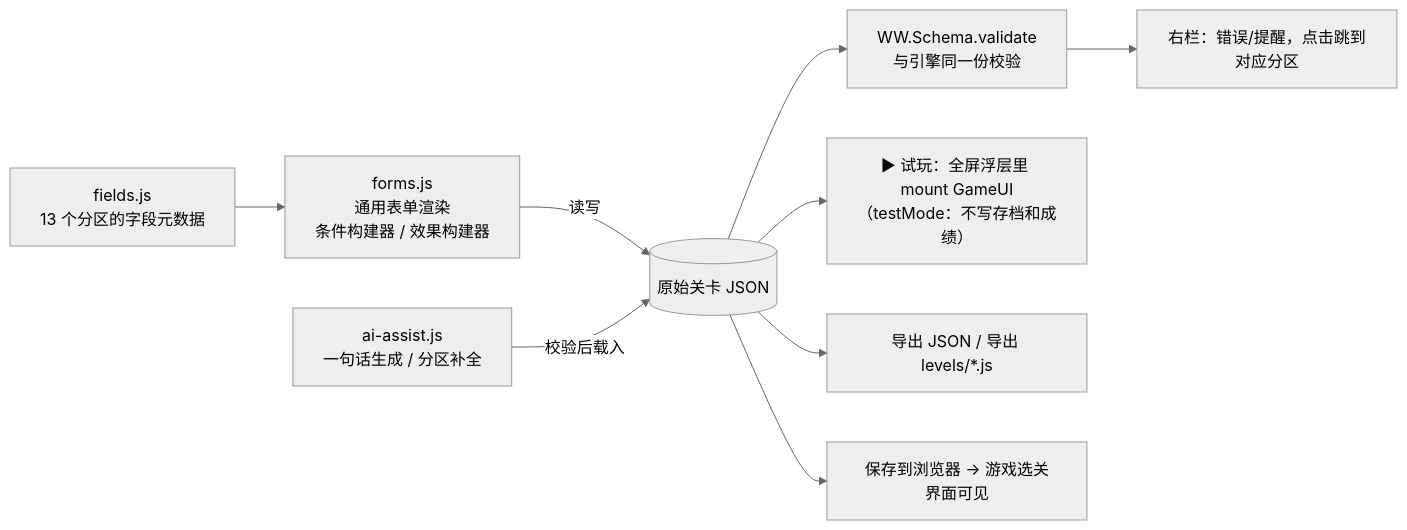
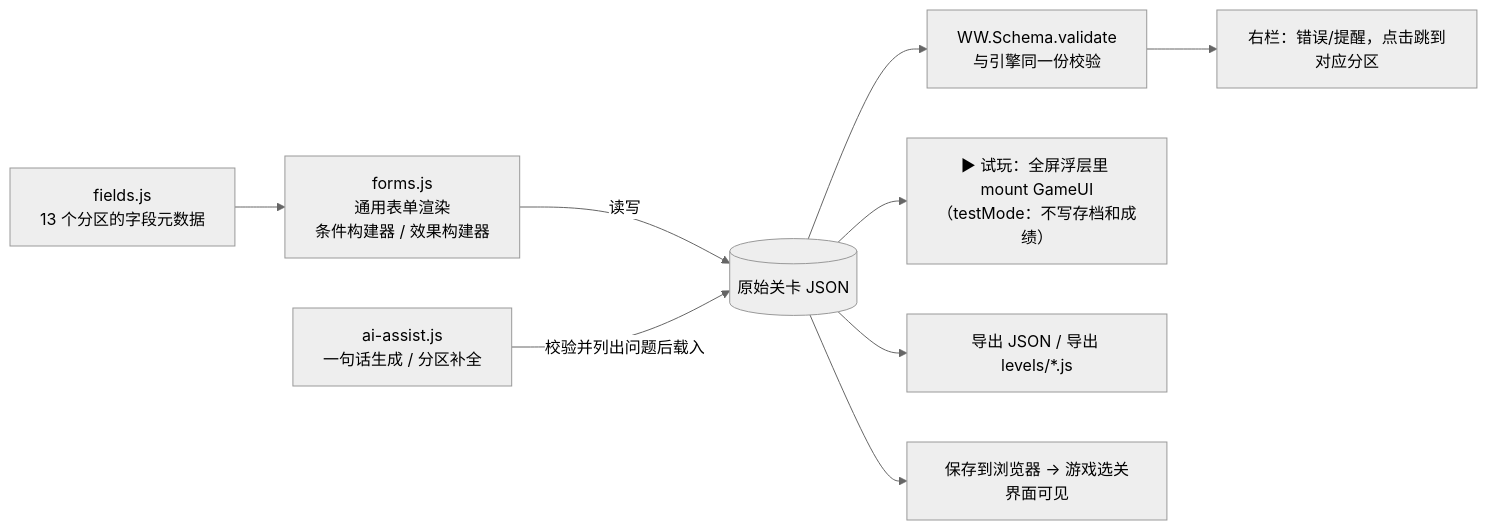
Before and after one commit to brokenwing/whitewash-simulator: the seventh of 7 diagrams in docs/Architecture.md, drawn with Mermaid (neutral theme). The commit also changed other lines of this file and 24 other files, not shown here.

````diff
--- a/docs/Architecture.md
+++ b/docs/Architecture.md
@@ -286,11 +287,11 @@
 ```mermaid
 flowchart LR
   F["fields.js<br/>13 个分区的字段元数据"] --> R["forms.js<br/>通用表单渲染<br/>条件构建器 / 效果构建器"]
   R -->|读写| L[("原始关卡 JSON")]
   L --> V["WW.Schema.validate<br/>与引擎同一份校验"]
   V --> Side["右栏：错误/提醒，点击跳到对应分区"]
   L --> T["▶ 试玩：全屏浮层里 mount GameUI<br/>（testMode：不写存档和成绩）"]
   L --> X["导出 JSON / 导出 levels/*.js"]
   L --> B["保存到浏览器 → 游戏选关界面可见"]
-  AI["ai-assist.js<br/>一句话生成 / 分区补全"] -->|校验后载入| L
+  AI["ai-assist.js<br/>一句话生成 / 分区补全"] -->|校验并列出问题后载入| L
 ```
````
